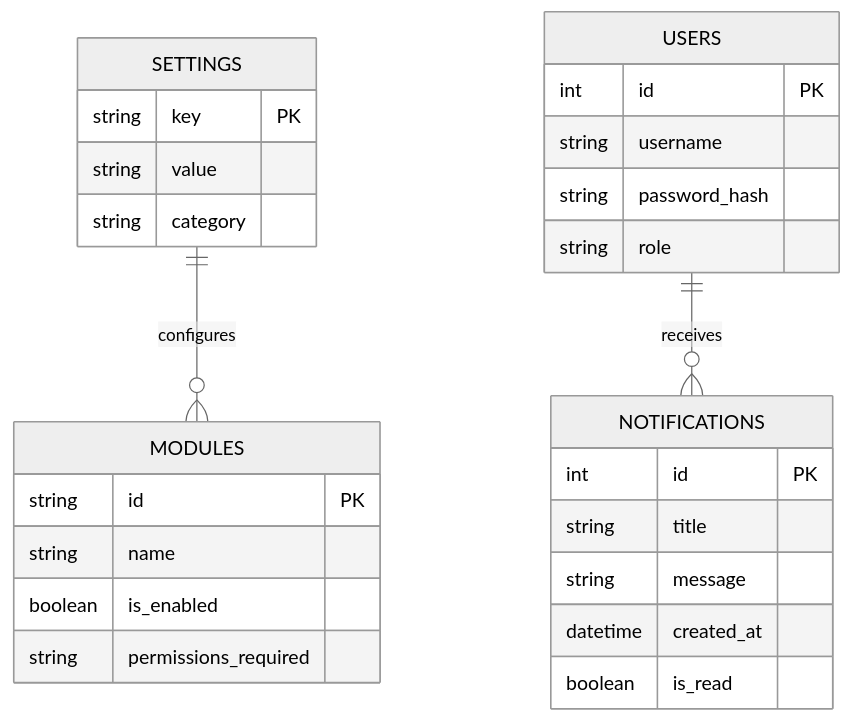
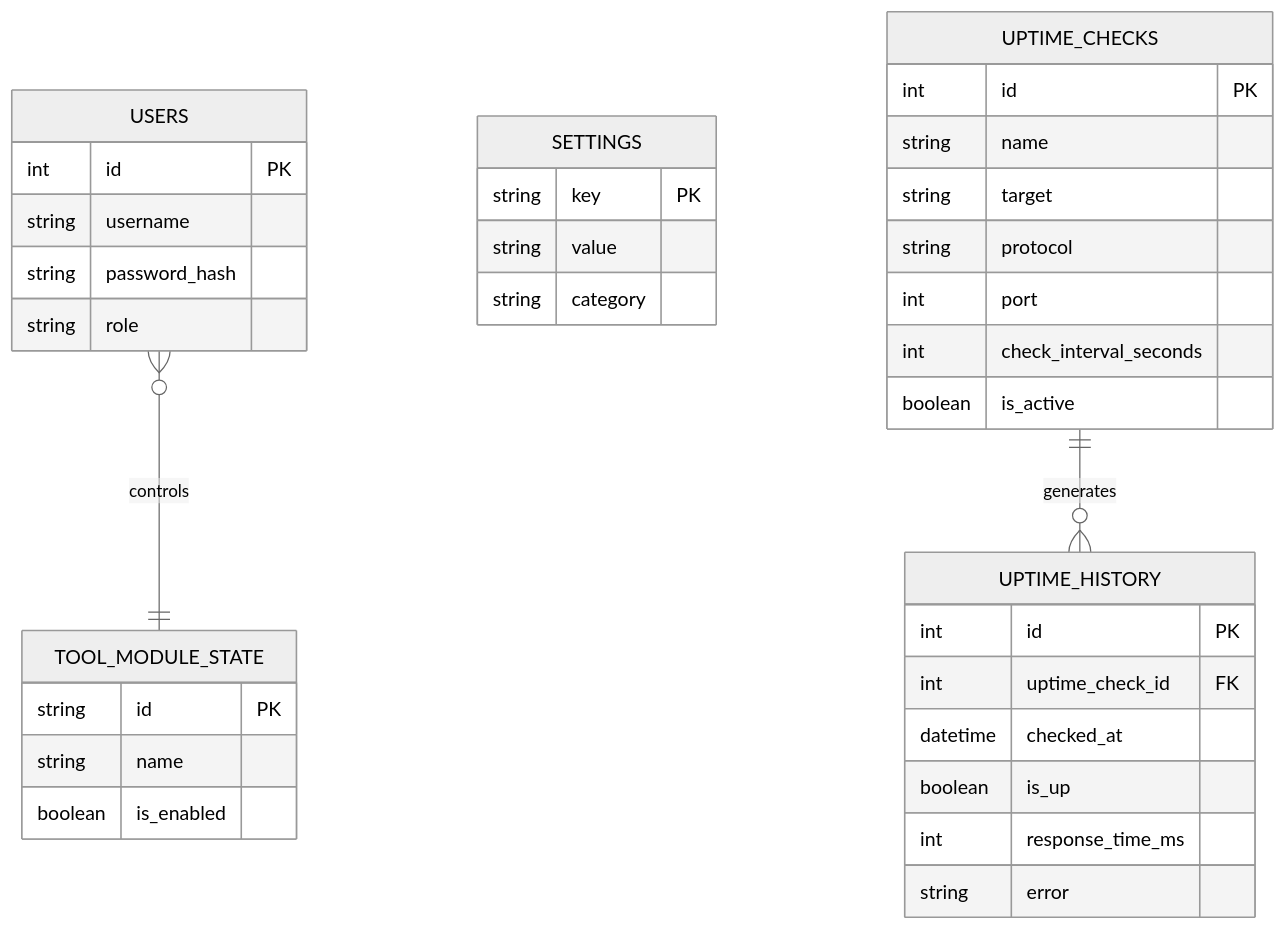
The diagram in Cérebro/01 - Arquitetura/Estrutura de Banco de Dados.md (djcristianosgp/area27_tools), drawn with Mermaid (neutral theme) before and after one commit. The commit also changed other lines of this file and 9 other files, not shown here.

````diff
--- a/Cérebro/01 - Arquitetura/Estrutura de Banco de Dados.md
+++ b/Cérebro/01 - Arquitetura/Estrutura de Banco de Dados.md
@@ -9,29 +9,38 @@
 ```mermaid
 erDiagram
-    SETTINGS ||--o{ MODULES : configures
-    USERS ||--o{ NOTIFICATIONS : receives
     USERS {
         int id PK
         string username
         string password_hash
         string role
     }
     SETTINGS {
         string key PK
         string value
         string category
     }
-    MODULES {
+    TOOL_MODULE_STATE {
         string id PK
         string name
         boolean is_enabled
-        string permissions_required
     }
-    NOTIFICATIONS {
+    UPTIME_CHECKS {
         int id PK
-        string title
-        string message
-        datetime created_at
-        boolean is_read
+        string name
+        string target
+        string protocol
+        int port
+        int check_interval_seconds
+        boolean is_active
     }
+    UPTIME_HISTORY {
+        int id PK
+        int uptime_check_id FK
+        datetime checked_at
+        boolean is_up
+        int response_time_ms
+        string error
+    }
+    UPTIME_CHECKS ||--o{ UPTIME_HISTORY : generates
+    USERS }o--|| TOOL_MODULE_STATE : controls
 ```
````
